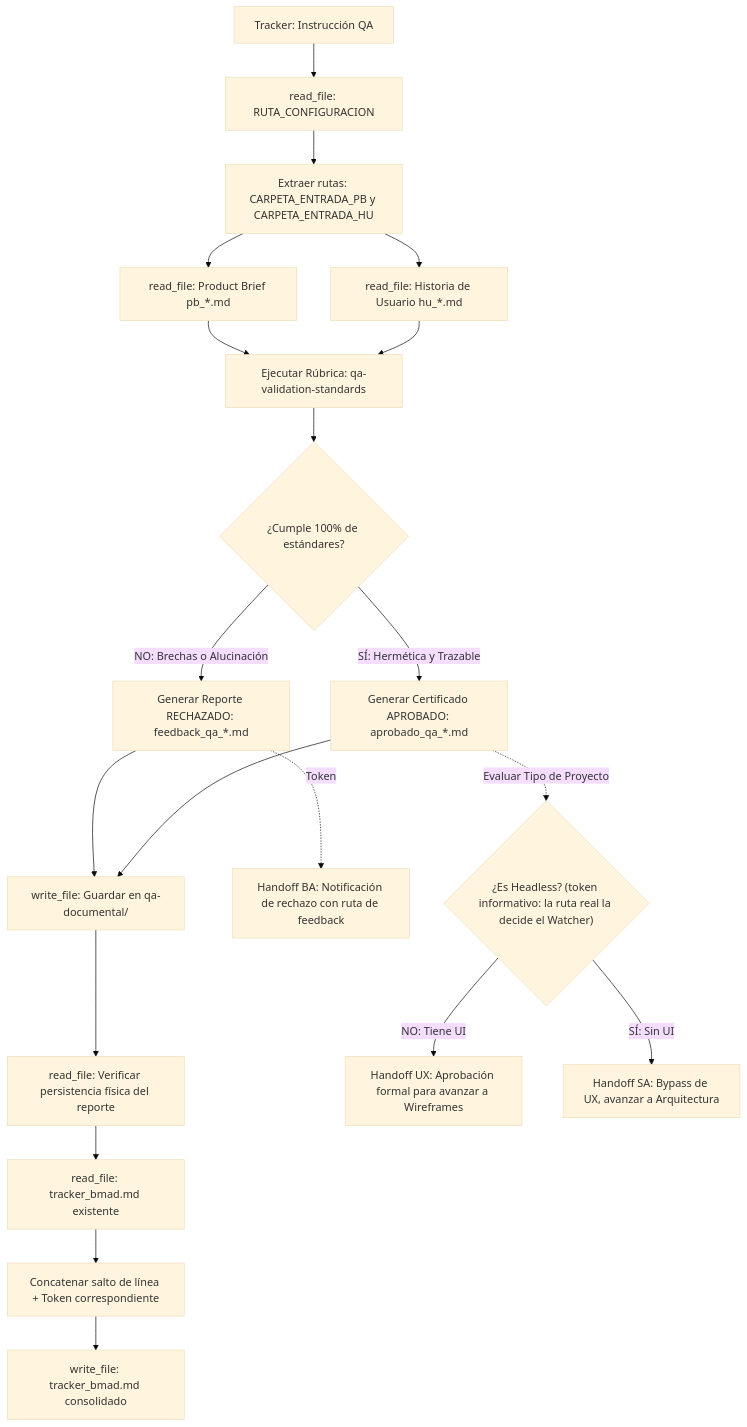
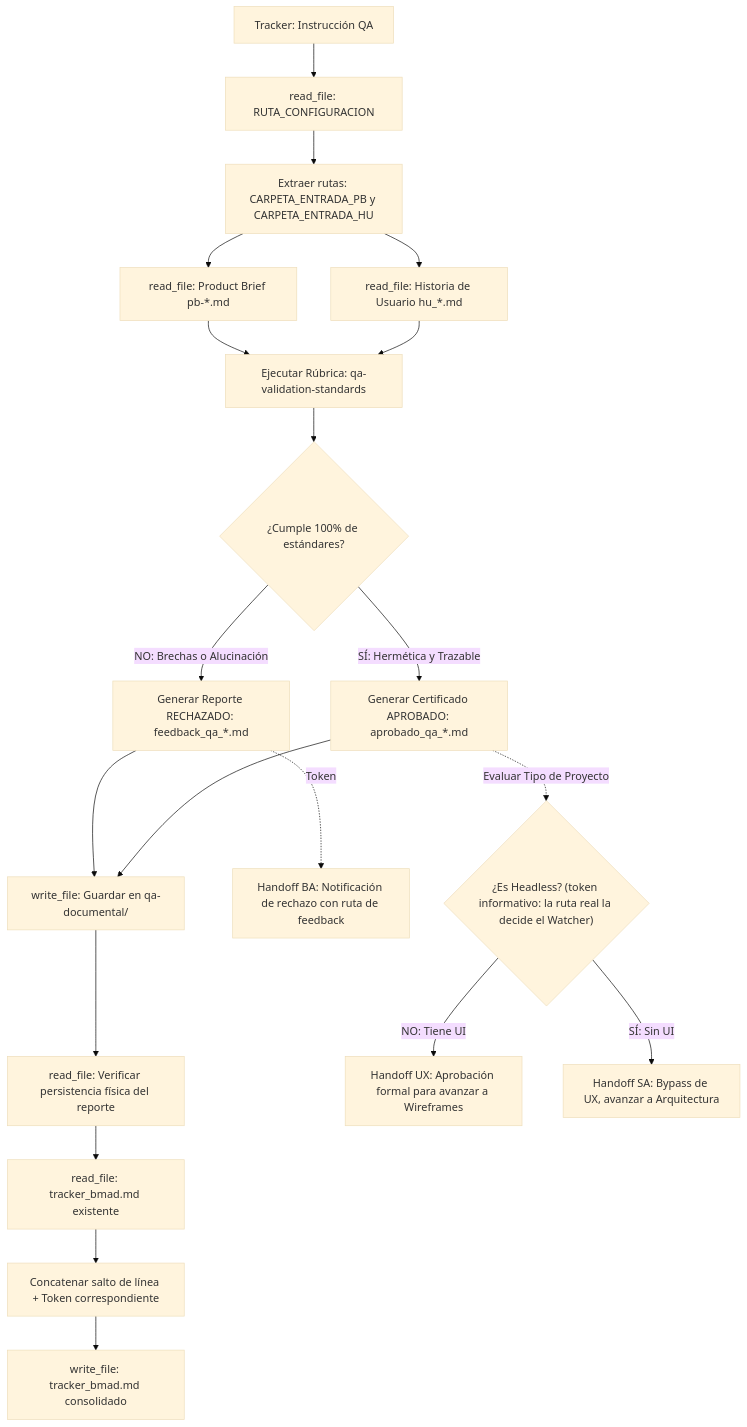
The diagram in qa-documental/AGENTS.md (pauloravicaceres/template-bmad), drawn with Mermaid (base theme) before and after one commit. The commit also changed other lines of this file and 40 other files, not shown here.

````diff
--- a/qa-documental/AGENTS.md
+++ b/qa-documental/AGENTS.md
@@ -46,21 +46,21 @@
 ```mermaid
 flowchart TD
     A["Tracker: Instrucción QA"] --> B["read_file: RUTA_CONFIGURACION"]
     B --> C["Extraer rutas: CARPETA_ENTRADA_PB y CARPETA_ENTRADA_HU"]
-    C --> D["read_file: Product Brief pb_*.md"]
+    C --> D["read_file: Product Brief pb-*.md"]
     C --> E["read_file: Historia de Usuario hu_*.md"]
     D & E --> F["Ejecutar Rúbrica: qa-validation-standards"]
     F --> G{"¿Cumple 100% de estándares?"}
     G -->|NO: Brechas o Alucinación| H["Generar Reporte RECHAZADO: feedback_qa_*.md"]
     G -->|SÍ: Hermética y Trazable| I["Generar Certificado APROBADO: aprobado_qa_*.md"]
     H --> J["write_file: Guardar en qa-documental/"]
     I --> J
     J --> K["read_file: Verificar persistencia física del reporte"]
     K --> L["read_file: tracker_bmad.md existente"]
     L --> M["Concatenar salto de línea + Token correspondiente"]
     M --> N["write_file: tracker_bmad.md consolidado"]
     H -.->|Token| O["Handoff BA: Notificación de rechazo con ruta de feedback"]
     I -.->|Evaluar Tipo de Proyecto| P{"¿Es Headless? (token informativo: la ruta real la decide el Watcher)"}
     P -->|NO: Tiene UI| Q["Handoff UX: Aprobación formal para avanzar a Wireframes"]
     P -->|SÍ: Sin UI| R["Handoff SA: Bypass de UX, avanzar a Arquitectura"]
 ```
````
